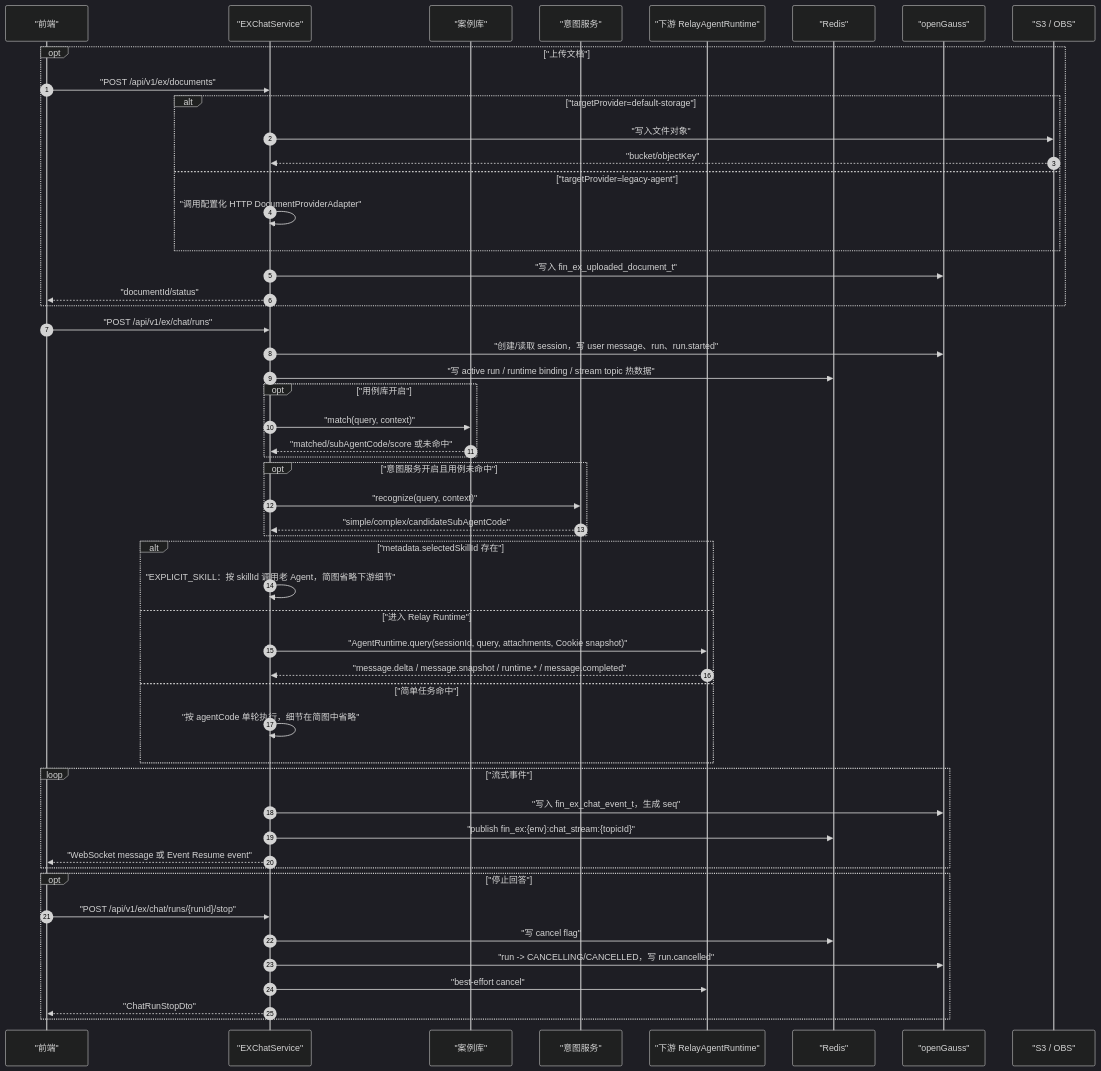
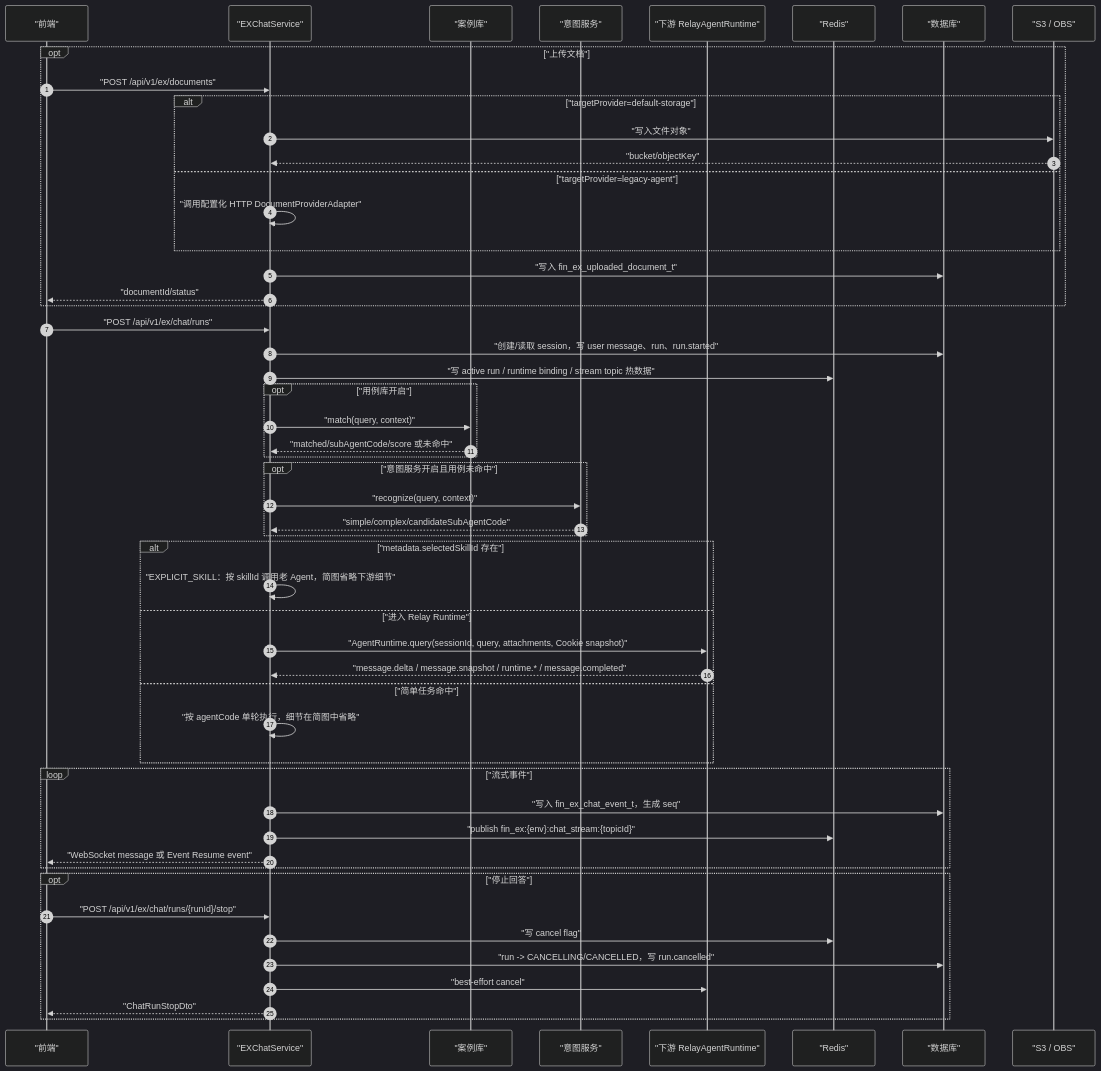
One commit to kunben-duck/exweb changed the third of 9 diagrams in docs/architecture/README.md. Above: the diagram before and after it, drawn with Mermaid (dark theme). The commit also changed other lines of this file and 122 other files, not shown here.

````diff
--- a/docs/architecture/README.md
+++ b/docs/architecture/README.md
@@ -169,61 +169,61 @@
 ```mermaid
 sequenceDiagram
     autonumber
     participant Frontend as "前端"
     participant EX as "EXChatService"
     participant UseCase as "案例库"
     participant Intent as "意图服务"
     participant Relay as "下游 RelayAgentRuntime"
     participant Redis as "Redis"
-    participant DB as "openGauss"
+    participant DB as "数据库"
     participant S3 as "S3 / OBS"
 
     opt "上传文档"
         Frontend->>EX: "POST /api/v1/ex/documents"
         alt "targetProvider=default-storage"
             EX->>S3: "写入文件对象"
             S3-->>EX: "bucket/objectKey"
         else "targetProvider=legacy-agent"
             EX->>EX: "调用配置化 HTTP DocumentProviderAdapter"
         end
         EX->>DB: "写入 fin_ex_uploaded_document_t"
         EX-->>Frontend: "documentId/status"
     end
 
     Frontend->>EX: "POST /api/v1/ex/chat/runs"
     EX->>DB: "创建/读取 session，写 user message、run、run.started"
     EX->>Redis: "写 active run / runtime binding / stream topic 热数据"
 
     opt "用例库开启"
         EX->>UseCase: "match(query, context)"
         UseCase-->>EX: "matched/subAgentCode/score 或未命中"
     end
 
     opt "意图服务开启且用例未命中"
         EX->>Intent: "recognize(query, context)"
         Intent-->>EX: "simple/complex/candidateSubAgentCode"
     end
 
     alt "metadata.selectedSkillId 存在"
         EX->>EX: "EXPLICIT_SKILL：按 skillId 调用老 Agent，简图省略下游细节"
     else "进入 Relay Runtime"
         EX->>Relay: "AgentRuntime.query(sessionId, query, attachments, Cookie snapshot)"
         Relay-->>EX: "message.delta / message.snapshot / runtime.* / message.completed"
     else "简单任务命中"
         EX->>EX: "按 agentCode 单轮执行，细节在简图中省略"
     end
 
     loop "流式事件"
         EX->>DB: "写入 fin_ex_chat_event_t，生成 seq"
         EX->>Redis: "publish fin_ex:{env}:chat_stream:{topicId}"
         EX-->>Frontend: "WebSocket message 或 Event Resume event"
     end
 
     opt "停止回答"
         Frontend->>EX: "POST /api/v1/ex/chat/runs/{runId}/stop"
         EX->>Redis: "写 cancel flag"
         EX->>DB: "run -> CANCELLING/CANCELLED，写 run.cancelled"
         EX->>Relay: "best-effort cancel"
         EX-->>Frontend: "ChatRunStopDto"
     end
 ```
````
